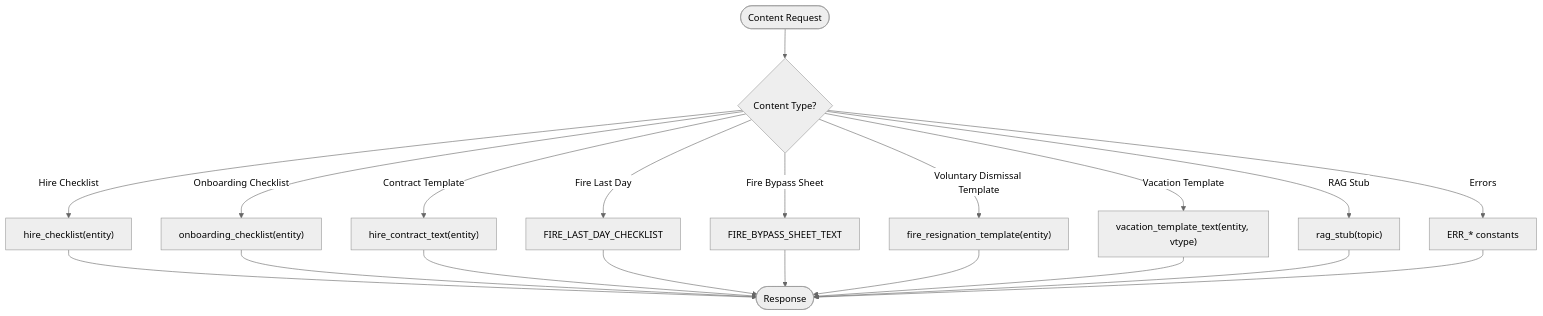
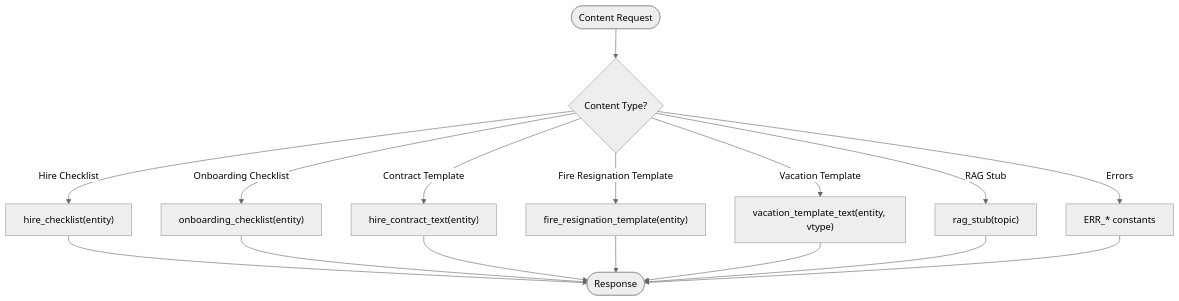
The fourth of 16 diagrams in .qoder/repowiki/en/content/VK Integration/Employment Lifecycle Management.md (ognelis/cafetera_hr_bot), drawn with Mermaid (neutral theme) before and after one commit. The commit also changed other lines of this file and 9 other files, not shown here.

````diff
--- a/.qoder/repowiki/en/content/VK Integration/Employment Lifecycle Management.md
+++ b/.qoder/repowiki/en/content/VK Integration/Employment Lifecycle Management.md
@@ -204,22 +208,18 @@
 ```mermaid
 flowchart TD
 Start(["Content Request"]) --> Type{"Content Type?"}
 Type --> |Hire Checklist| HC["hire_checklist(entity)"]
 Type --> |Onboarding Checklist| OC["onboarding_checklist(entity)"]
 Type --> |Contract Template| CT["hire_contract_text(entity)"]
-Type --> |Fire Last Day| FL["FIRE_LAST_DAY_CHECKLIST"]
-Type --> |Fire Bypass Sheet| FB["FIRE_BYPASS_SHEET_TEXT"]
-Type --> |Voluntary Dismissal Template| VDT["fire_resignation_template(entity)"]
+Type --> |Fire Resignation Template| FRT["fire_resignation_template(entity)"]
 Type --> |Vacation Template| VT["vacation_template_text(entity, vtype)"]
 Type --> |RAG Stub| RS["rag_stub(topic)"]
 Type --> |Errors| ER["ERR_* constants"]
 HC --> End(["Response"])
 OC --> End
 CT --> End
-FL --> End
-FB --> End
-VDT --> End
+FRT --> End
 VT --> End
 RS --> End
 ER --> End
 ```
````
